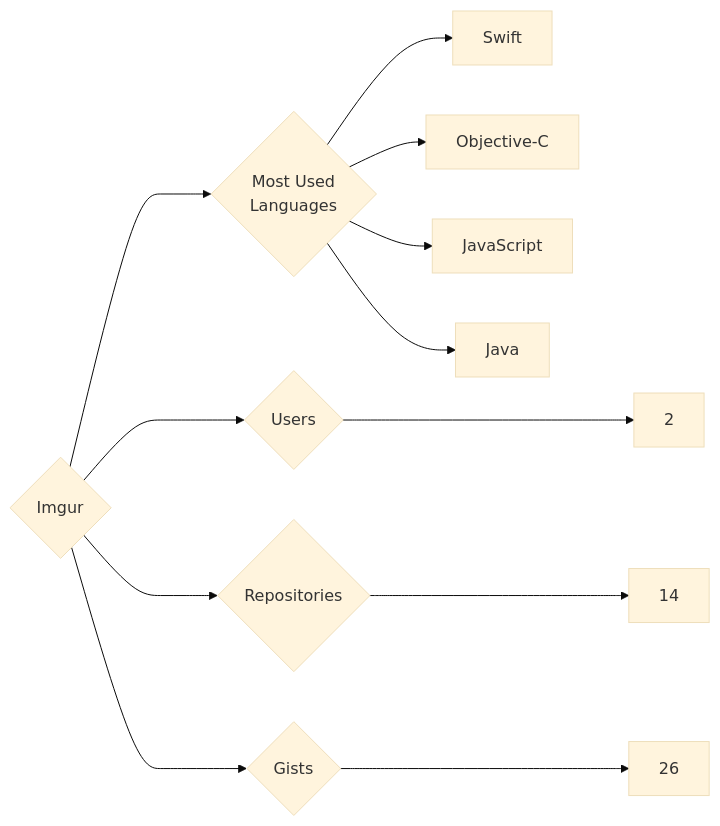
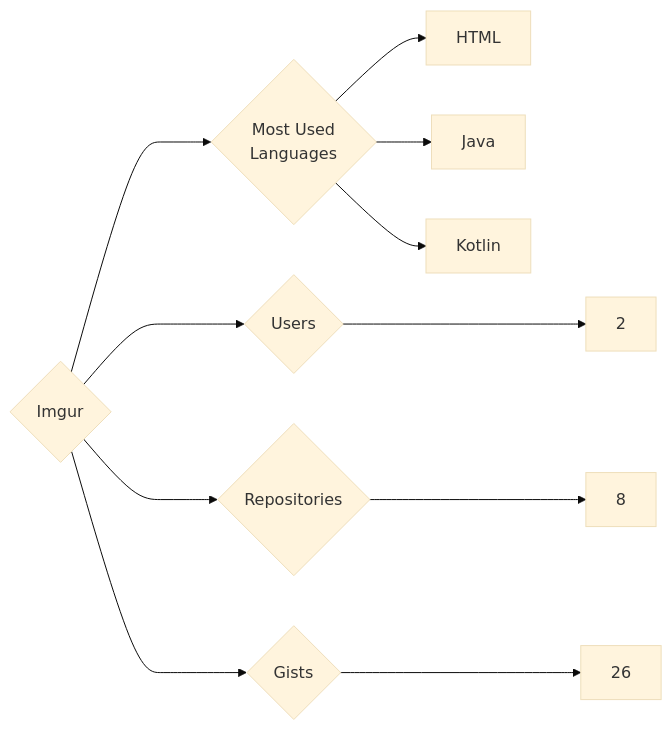
One commit to trickest/insiders changed the diagram in targets/Imgur/README.md. Above: the diagram before and after it, drawn with Mermaid (base theme). The commit also changed 927 other files, not shown here.

````diff
--- a/targets/Imgur/README.md
+++ b/targets/Imgur/README.md
@@ -3,12 +3,11 @@
 ```mermaid
 graph LR
 COMPANY_NAME{Imgur}
 COMPANY_NAME ---> U{Users} ---> UN[2]
-COMPANY_NAME ---> R{Repositories} ---> RN[14]
+COMPANY_NAME ---> R{Repositories} ---> RN[8]
 COMPANY_NAME ---> G{Gists} ---> GN[26]
 COMPANY_NAME ---> ML{Most Used<br>Languages}
-ML --> Swift[Swift]
-ML --> Objective-C[Objective-C]
-ML --> JavaScript[JavaScript]
+ML --> HTML[HTML]
 ML --> Java[Java]
+ML --> Kotlin[Kotlin]
 ```
````
